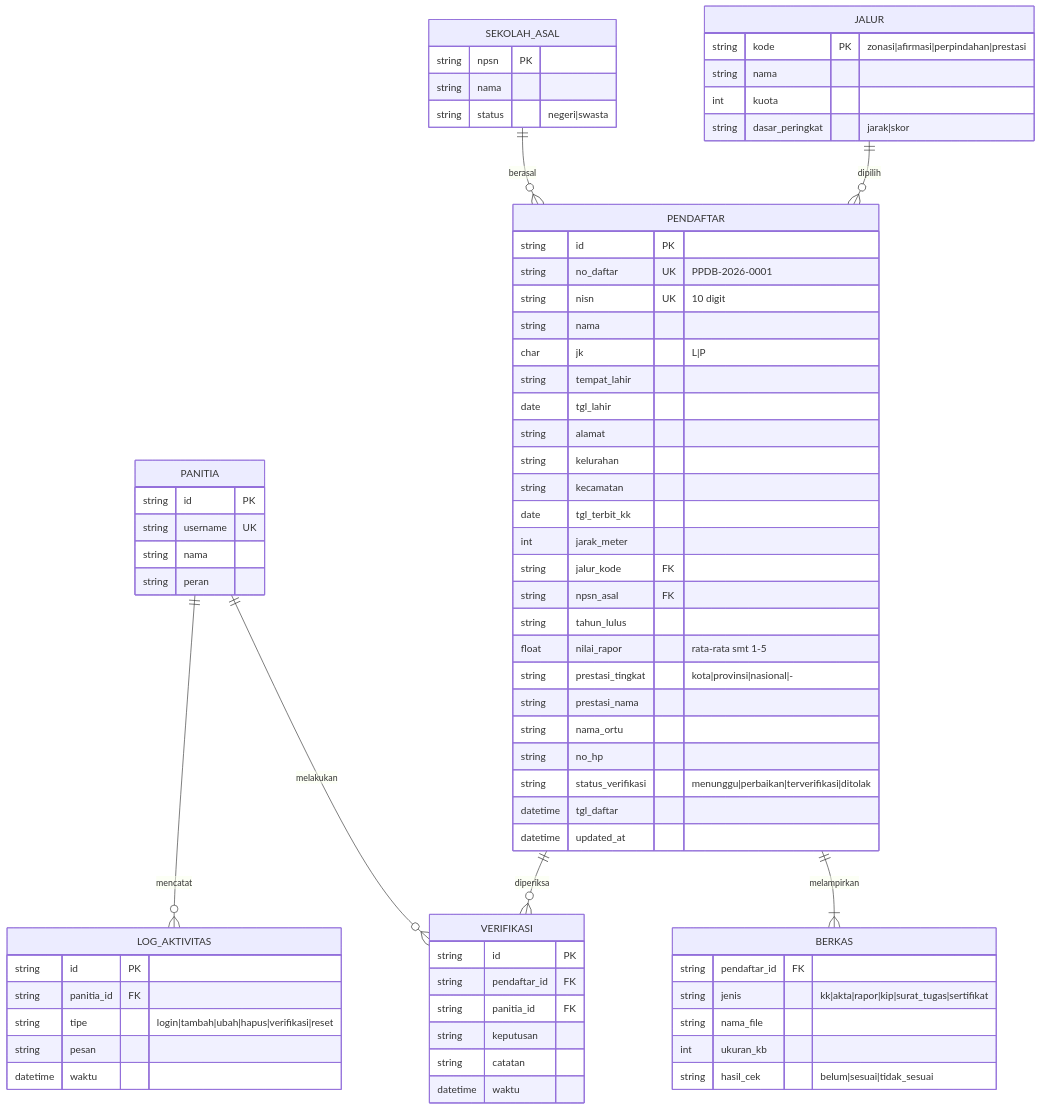
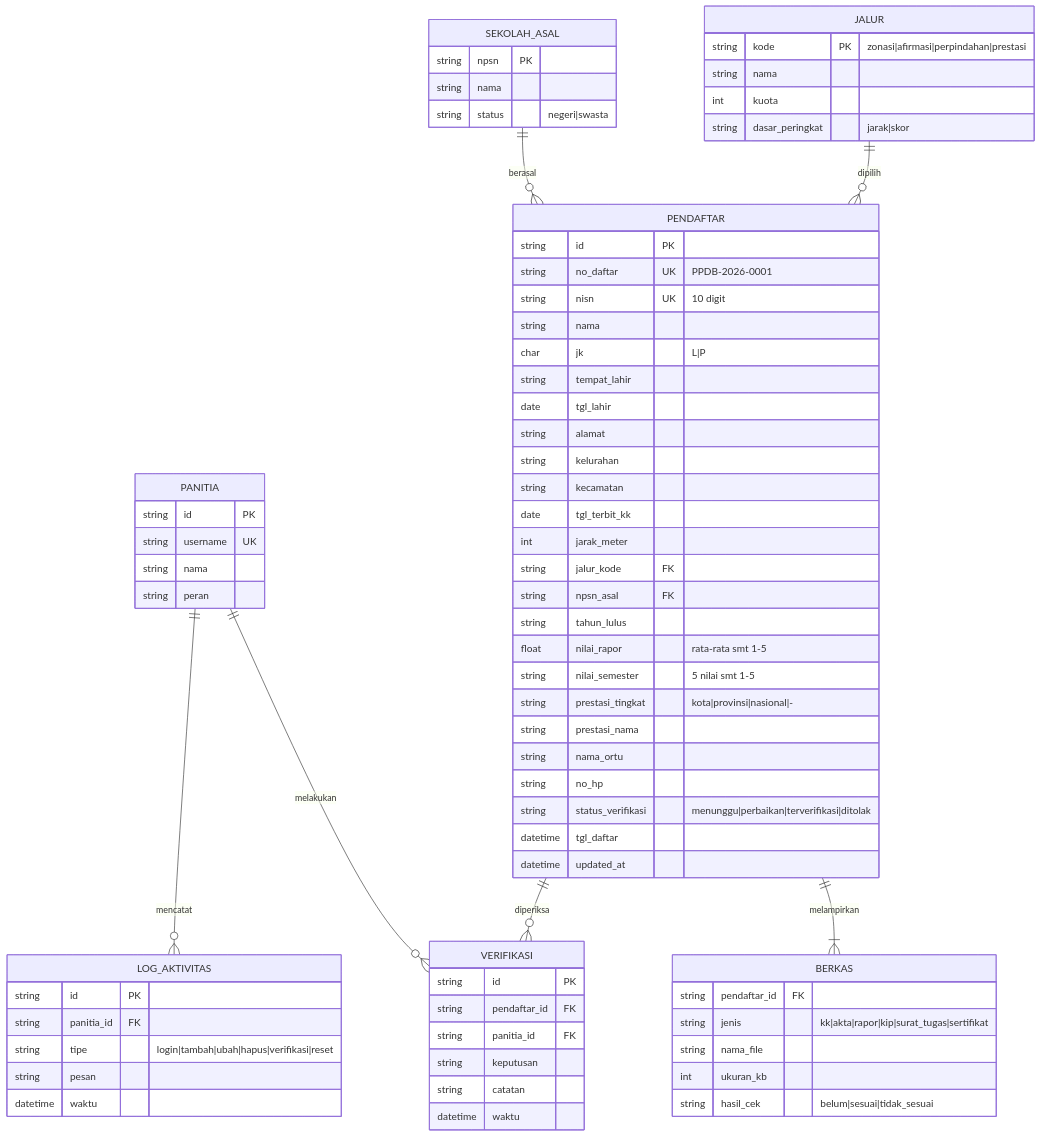
One commit to nurdinrhk-design/PROGRAMWEB_2 changed the fourth of 6 diagrams in docs/perencanaan.md. Above: the diagram before and after it, drawn with Mermaid. The commit also changed other lines of this file and 13 other files, not shown here.

````diff
--- a/docs/perencanaan.md
+++ b/docs/perencanaan.md
@@ -312,74 +312,75 @@
 ```mermaid
 erDiagram
     PANITIA ||--o{ VERIFIKASI : melakukan
     PANITIA ||--o{ LOG_AKTIVITAS : mencatat
     JALUR ||--o{ PENDAFTAR : dipilih
     SEKOLAH_ASAL ||--o{ PENDAFTAR : berasal
     PENDAFTAR ||--|{ BERKAS : melampirkan
     PENDAFTAR ||--o{ VERIFIKASI : diperiksa
 
     PANITIA {
         string id PK
         string username UK
         string nama
         string peran
     }
     JALUR {
         string kode PK "zonasi|afirmasi|perpindahan|prestasi"
         string nama
         int kuota
         string dasar_peringkat "jarak|skor"
     }
     SEKOLAH_ASAL {
         string npsn PK
         string nama
         string status "negeri|swasta"
     }
     PENDAFTAR {
         string id PK
         string no_daftar UK "PPDB-2026-0001"
         string nisn UK "10 digit"
         string nama
         char jk "L|P"
         string tempat_lahir
         date tgl_lahir
         string alamat
         string kelurahan
         string kecamatan
         date tgl_terbit_kk
         int jarak_meter
         string jalur_kode FK
         string npsn_asal FK
         string tahun_lulus
         float nilai_rapor "rata-rata smt 1-5"
+        string nilai_semester "5 nilai smt 1-5"
         string prestasi_tingkat "kota|provinsi|nasional|-"
         string prestasi_nama
         string nama_ortu
         string no_hp
         string status_verifikasi "menunggu|perbaikan|terverifikasi|ditolak"
         datetime tgl_daftar
         datetime updated_at
     }
     BERKAS {
         string pendaftar_id FK
         string jenis "kk|akta|rapor|kip|surat_tugas|sertifikat"
         string nama_file
         int ukuran_kb
         string hasil_cek "belum|sesuai|tidak_sesuai"
     }
     VERIFIKASI {
         string id PK
         string pendaftar_id FK
         string panitia_id FK
         string keputusan
         string catatan
         datetime waktu
     }
     LOG_AKTIVITAS {
         string id PK
         string panitia_id FK
         string tipe "login|tambah|ubah|hapus|verifikasi|reset"
         string pesan
         datetime waktu
     }
 ```
````
